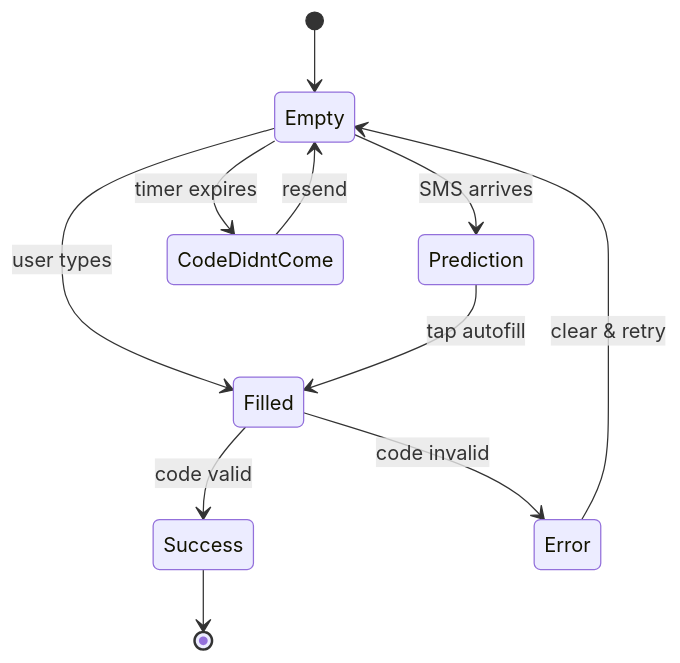
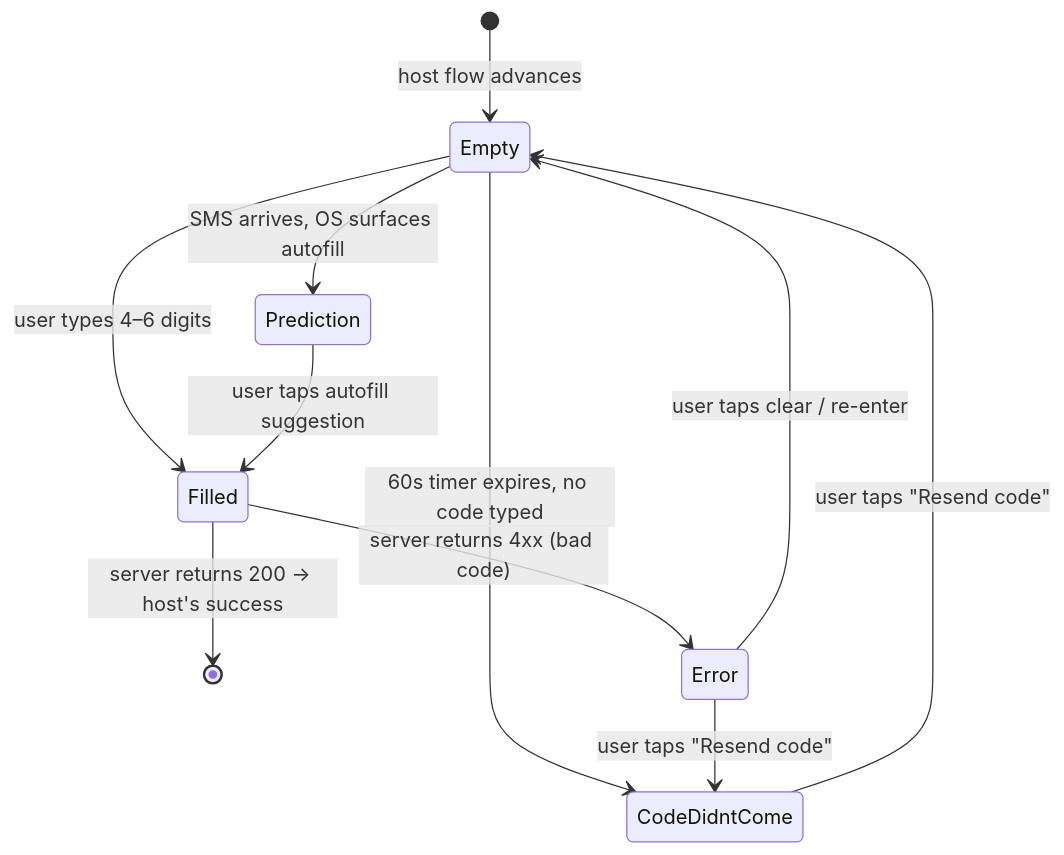
The first of 4 diagrams in Unired/User_flows/00_Shared_flows.md (SardorAllaberganov/UI-Projects), drawn with Mermaid before and after one commit. The commit also changed other lines of this file and 10 other files, not shown here.

First line of the commit message:
Expand Unired user-flow docs with detailed steps

````diff
--- a/Unired/User_flows/00_Shared_flows.md
+++ b/Unired/User_flows/00_Shared_flows.md
@@ -35,13 +56,13 @@
 ```mermaid
 stateDiagram-v2
-    [*] --> Empty
-    Empty --> Prediction: SMS arrives
-    Empty --> Filled: user types
-    Prediction --> Filled: tap autofill
-    Filled --> Success: code valid
-    Filled --> Error: code invalid
-    Empty --> CodeDidntCome: timer expires
-    CodeDidntCome --> Empty: resend
-    Error --> Empty: clear & retry
-    Success --> [*]
+    [*] --> Empty: host flow advances
+    Empty --> Prediction: SMS arrives, OS surfaces autofill
+    Empty --> Filled: user types 4–6 digits
+    Prediction --> Filled: user taps autofill suggestion
+    Filled --> [*]: server returns 200 → host's success
+    Filled --> Error: server returns 4xx (bad code)
+    Empty --> CodeDidntCome: 60s timer expires, no code typed
+    CodeDidntCome --> Empty: user taps "Resend code"
+    Error --> Empty: user taps clear / re-enter
+    Error --> CodeDidntCome: user taps "Resend code"
 ```
````
